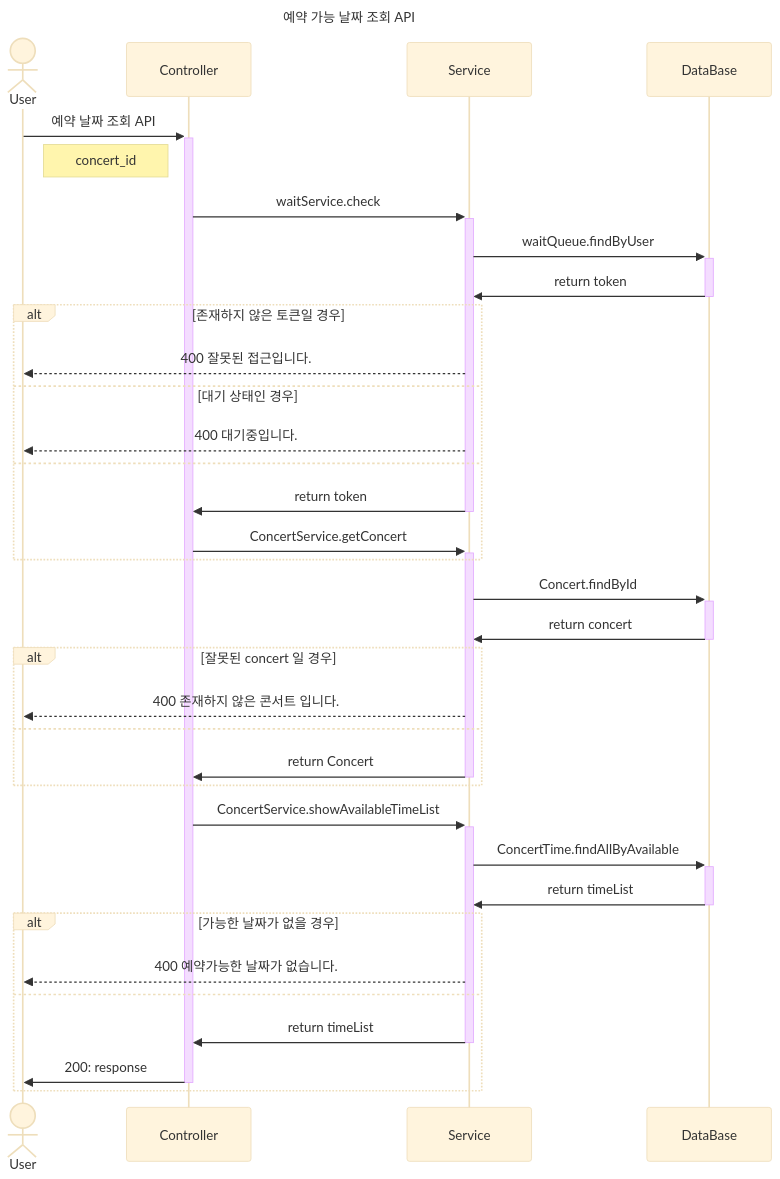
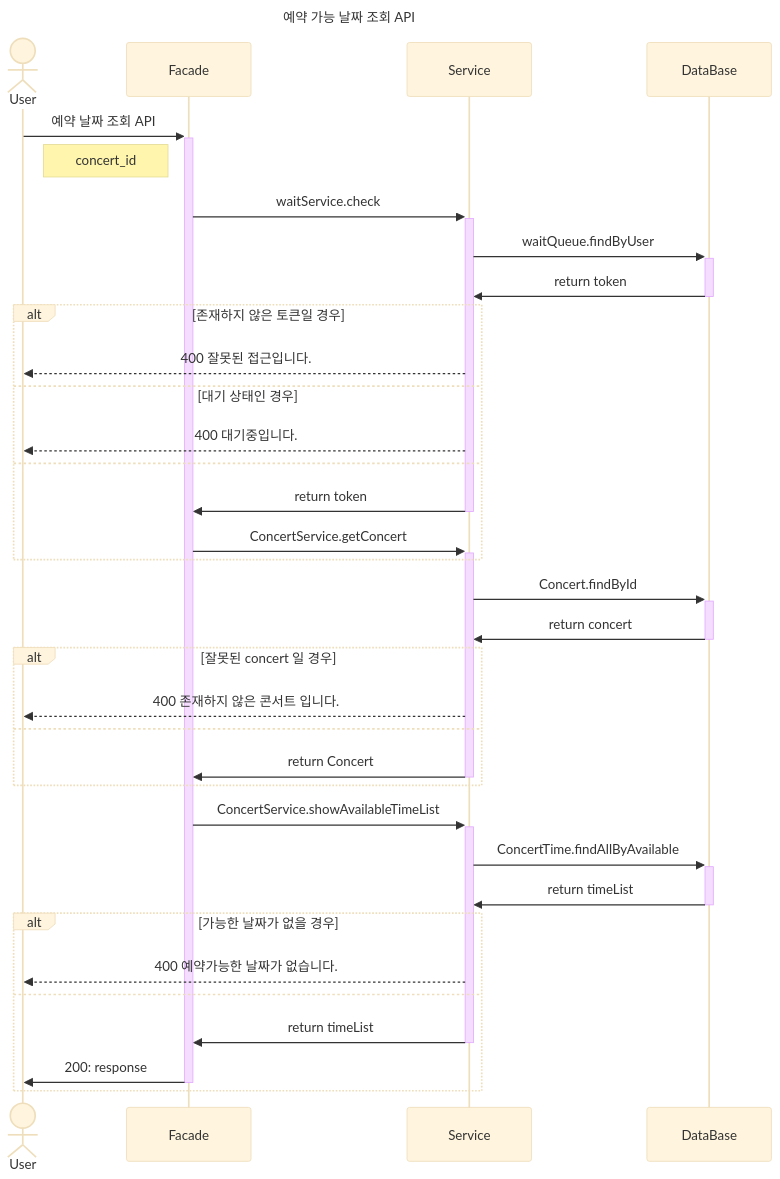
The second of 7 diagrams in docs/sequence.md (CureLatte/hhplus-concert-server-java), drawn with Mermaid (base theme) before and after one commit. The commit also changed other lines of this file, not shown here.

Commit message:
[FIX] controller -> facade - activate line 수정

````diff
--- a/docs/sequence.md
+++ b/docs/sequence.md
@@ -124,61 +77,62 @@
 ```mermaid
 sequenceDiagram
     title 예약 가능 날짜 조회 API
     
     actor User
+    participant Controller as Facade
 
     User ->> +  Controller: 예약 날짜 조회 API
     Note right of User: concert_id
 
     Controller ->> + Service: waitService.check
 
     Service ->> + DataBase: waitQueue.findByUser
 
     DataBase ->> - Service: return token
 
 
     alt  존재하지 않은 토큰일 경우
         Service -->> User: 400 잘못된 접근입니다.
     else  대기 상태인 경우
         Service -->>  User: 400 대기중입니다.
 
     else
         Service ->> - Controller: return token
         
         
         
 
         Controller ->> + Service: ConcertService.getConcert
     end
 
 
     Service ->> + DataBase: Concert.findById
 
     DataBase ->> - Service: return concert
 
     alt  잘못된 concert 일 경우
         Service -->> User: 400 존재하지 않은 콘서트 입니다.
     else
         
         Service ->> - Controller: return Concert
         
         
     end
 
     Controller ->> + Service: ConcertService.showAvailableTimeList
 
     Service ->> + DataBase: ConcertTime.findAllByAvailable
 
     DataBase ->> - Service: return timeList
 
 
     alt 가능한 날짜가 없을 경우
         Service -->> User: 400 예약가능한 날짜가 없습니다.
     else
         Service ->> - Controller: return timeList
         Controller ->> - User: 200: response
     end
 
 
 
 ```
````
